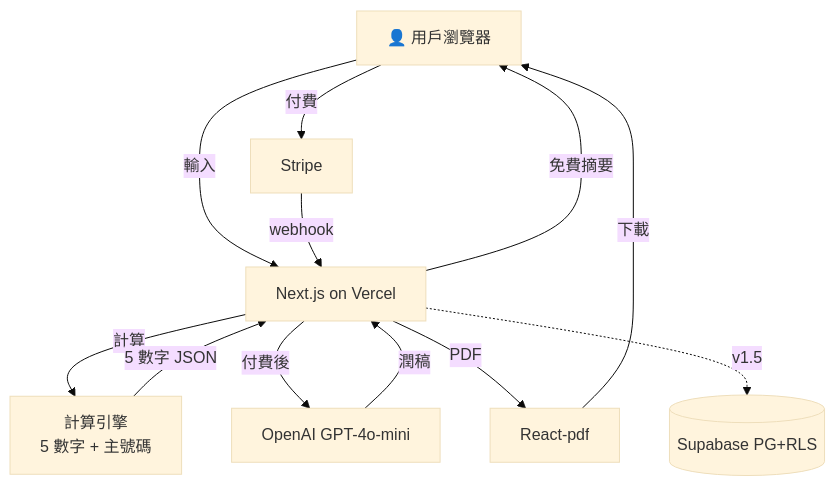
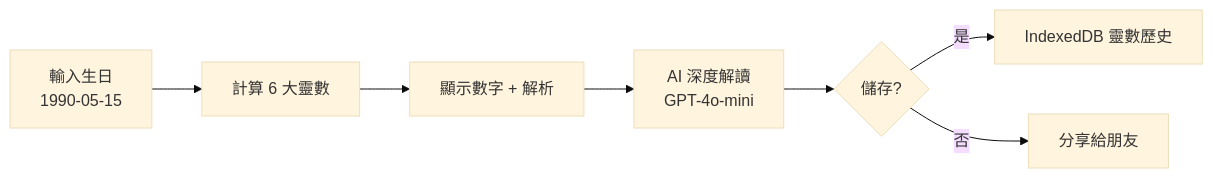
Before and after one commit to openclawsean024-create/numerology-analyzer: the first of 3 diagrams in SPEC.md, drawn with Mermaid (base theme). The commit also changed other lines of this file, not shown here.

````diff
--- a/SPEC.md
+++ b/SPEC.md
@@ -234,22 +70,9 @@
 ```mermaid
-graph TB
-    User[👤 用戶瀏覽器]
-    NextJS[Next.js on Vercel]
-    Engine[計算引擎<br/>5 數字 + 主號碼]
-    OpenAI[OpenAI GPT-4o-mini]
-    Supabase[(Supabase PG+RLS)]
-    Stripe[Stripe]
-    PDF[React-pdf]
-    
-    User -->|輸入| NextJS
-    NextJS -->|計算| Engine
-    Engine -->|5 數字 JSON| NextJS
-    NextJS -->|免費摘要| User
-    User -->|付費| Stripe
-    Stripe -->|webhook| NextJS
-    NextJS -->|付費後| OpenAI
-    OpenAI -->|潤稿| NextJS
-    NextJS -->|PDF| PDF
-    PDF -->|下載| User
-    NextJS -.->|v1.5| Supabase
+graph LR
+    A[輸入生日<br/>1990-05-15] --> B[計算 6 大靈數]
+    B --> C[顯示數字 + 解析]
+    C --> D[AI 深度解讀<br/>GPT-4o-mini]
+    D --> E{儲存?}
+    E -->|是| F[IndexedDB 靈數歷史]
+    E -->|否| G[分享給朋友]
 ```
````
